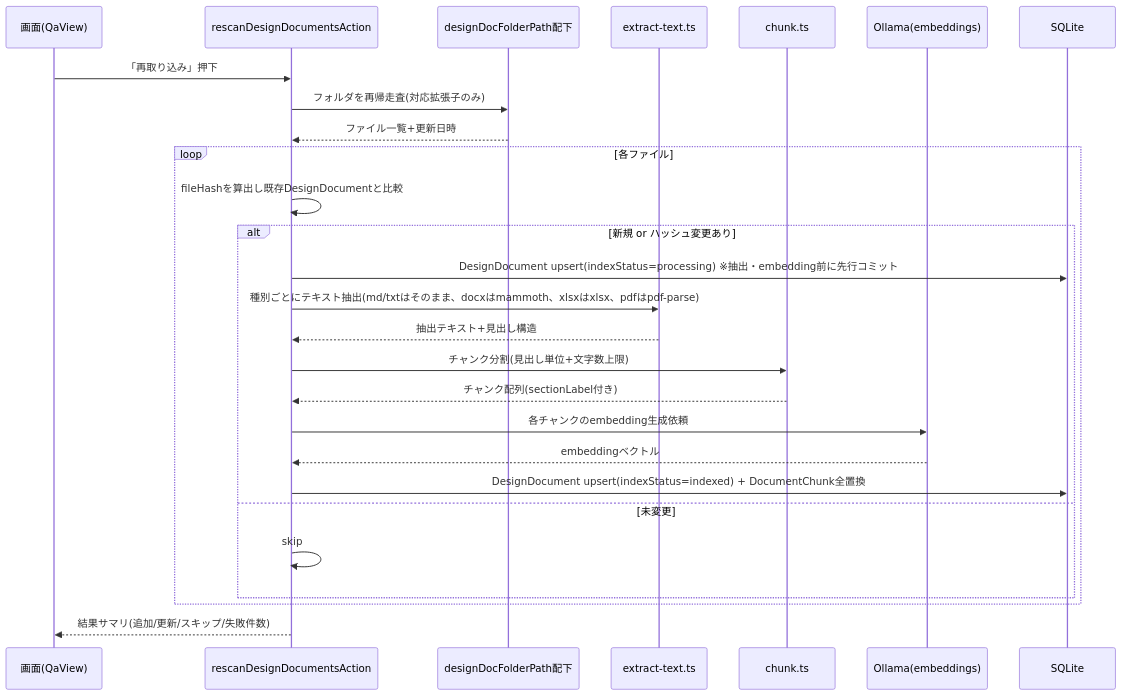
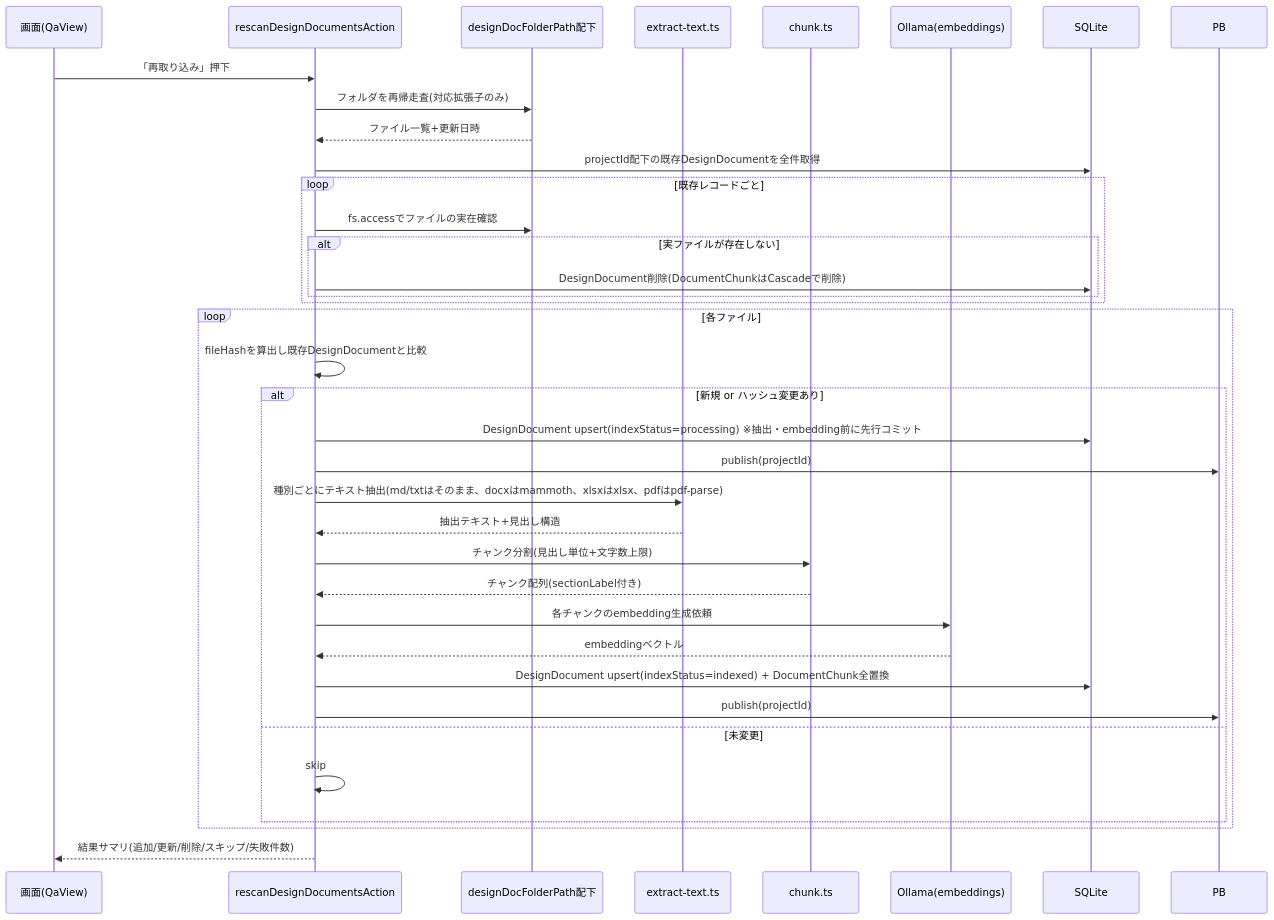
The fourth of 5 diagrams in docs/進捗ダッシュボード/基本設計書.md (saiteki2609et/TaskManagement), drawn with Mermaid before and after one commit. The commit also changed other lines of this file and 3 other files, not shown here.

````diff
--- a/docs/進捗ダッシュボード/基本設計書.md
+++ b/docs/進捗ダッシュボード/基本設計書.md
@@ -656,30 +671,39 @@
 ```mermaid
 sequenceDiagram
     participant U as 画面(QaView)
     participant A as rescanDesignDocumentsAction
     participant FS as designDocFolderPath配下
     participant EX as extract-text.ts
     participant CH as chunk.ts
     participant OL as Ollama(embeddings)
     participant DB as SQLite
 
     U->>A: 「再取り込み」押下
     A->>FS: フォルダを再帰走査(対応拡張子のみ)
     FS-->>A: ファイル一覧+更新日時
+    A->>DB: projectId配下の既存DesignDocumentを全件取得
+    loop 既存レコードごと
+        A->>FS: fs.accessでファイルの実在確認
+        alt 実ファイルが存在しない
+            A->>DB: DesignDocument削除(DocumentChunkはCascadeで削除)
+        end
+    end
     loop 各ファイル
         A->>A: fileHashを算出し既存DesignDocumentと比較
         alt 新規 or ハッシュ変更あり
             A->>DB: DesignDocument upsert(indexStatus=processing) ※抽出・embedding前に先行コミット
+            A->>PB: publish(projectId)
             A->>EX: 種別ごとにテキスト抽出(md/txtはそのまま、docxはmammoth、xlsxはxlsx、pdfはpdf-parse)
             EX-->>A: 抽出テキスト+見出し構造
             A->>CH: チャンク分割(見出し単位+文字数上限)
             CH-->>A: チャンク配列(sectionLabel付き)
             A->>OL: 各チャンクのembedding生成依頼
             OL-->>A: embeddingベクトル
             A->>DB: DesignDocument upsert(indexStatus=indexed) + DocumentChunk全置換
+            A->>PB: publish(projectId)
         else 未変更
             A->>A: skip
         end
     end
-    A-->>U: 結果サマリ(追加/更新/スキップ/失敗件数)
+    A-->>U: 結果サマリ(追加/更新/削除/スキップ/失敗件数)
 ```
````
